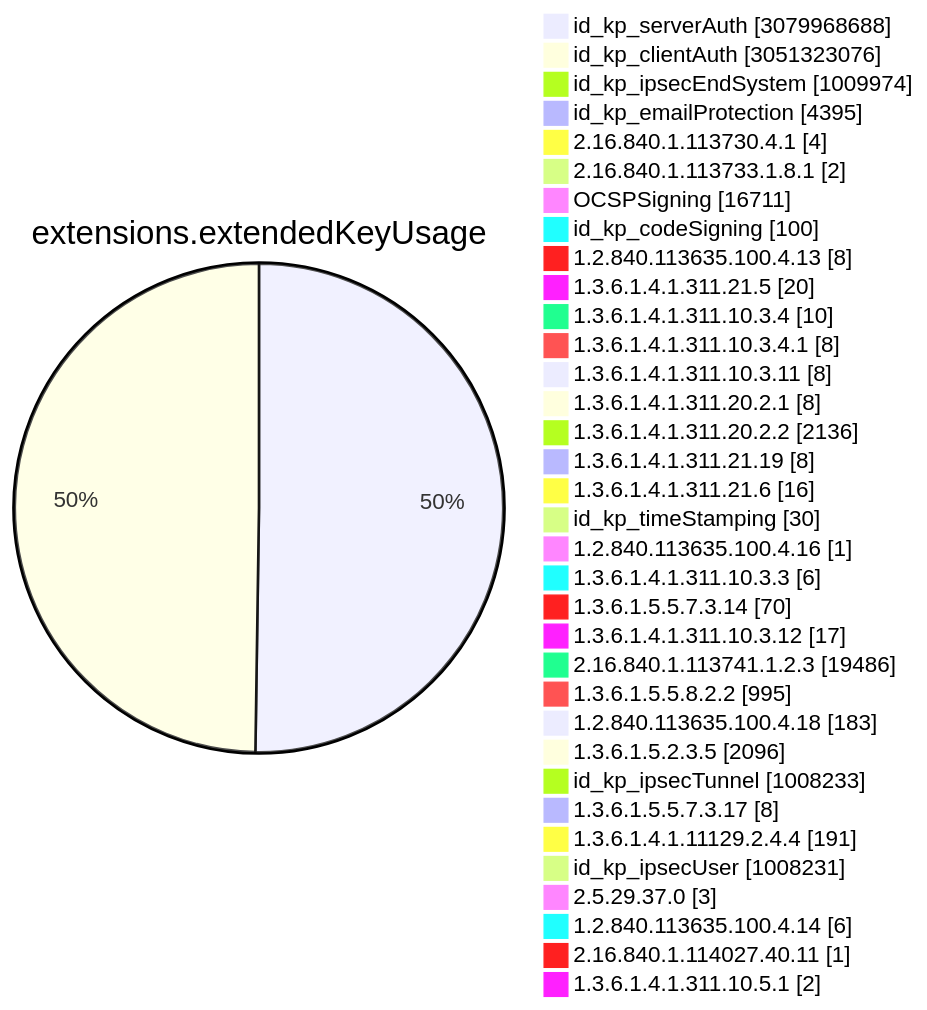
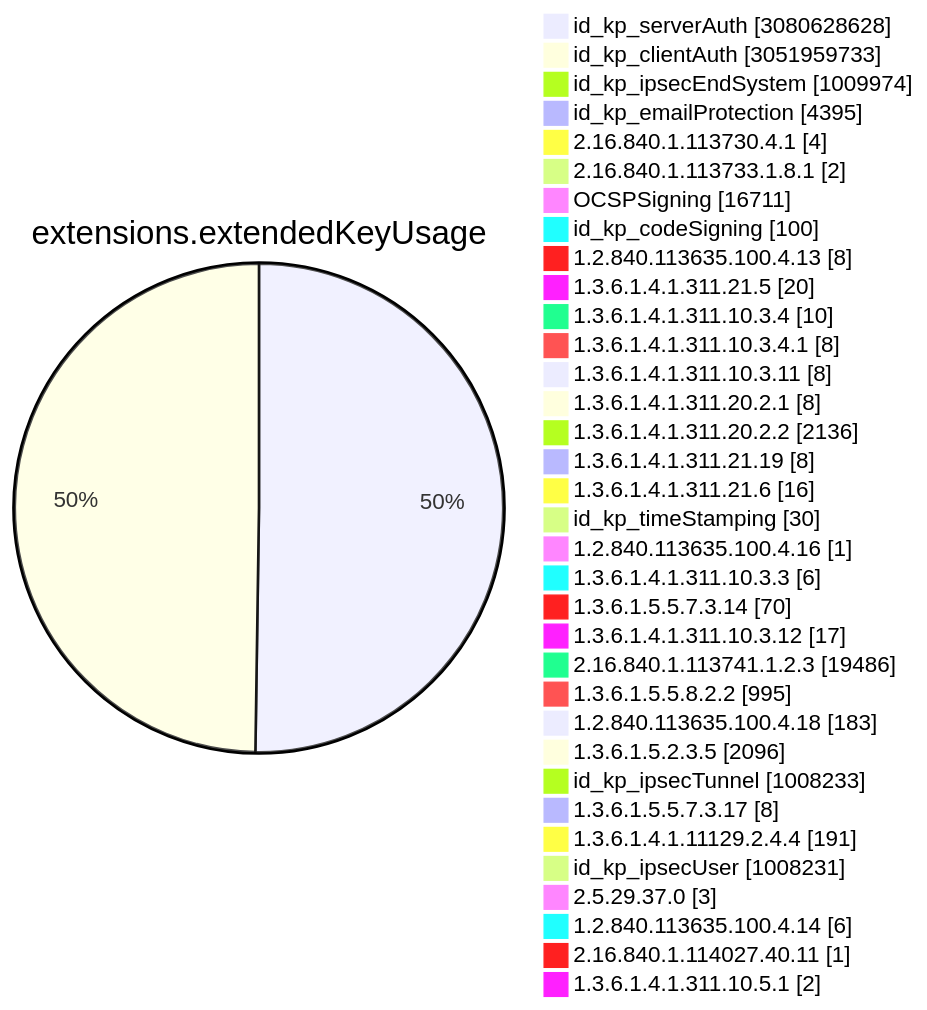
One commit to christiankrug/ctmonitor_visualization changed diagram 11 of 15 in TOTAL/README.md. Above: the diagram before and after it, drawn with Mermaid. The commit also changed other lines of this file, not shown here.

````diff
--- a/TOTAL/README.md
+++ b/TOTAL/README.md
@@ -4119,38 +4119,38 @@
 ```mermaid
 pie showData
 title extensions.extendedKeyUsage
-"id_kp_serverAuth" :3079968688
-"id_kp_clientAuth" :3051323076
+"id_kp_serverAuth" :3080628628
+"id_kp_clientAuth" :3051959733
 "id_kp_ipsecEndSystem" :1009974
 "id_kp_emailProtection" :4395
 "2.16.840.1.113730.4.1" :4
 "2.16.840.1.113733.1.8.1" :2
 "OCSPSigning" :16711
 "id_kp_codeSigning" :100
 "1.2.840.113635.100.4.13" :8
 "1.3.6.1.4.1.311.21.5" :20
 "1.3.6.1.4.1.311.10.3.4" :10
 "1.3.6.1.4.1.311.10.3.4.1" :8
 "1.3.6.1.4.1.311.10.3.11" :8
 "1.3.6.1.4.1.311.20.2.1" :8
 "1.3.6.1.4.1.311.20.2.2" :2136
 "1.3.6.1.4.1.311.21.19" :8
 "1.3.6.1.4.1.311.21.6" :16
 "id_kp_timeStamping" :30
 "1.2.840.113635.100.4.16" :1
 "1.3.6.1.4.1.311.10.3.3" :6
 "1.3.6.1.5.5.7.3.14" :70
 "1.3.6.1.4.1.311.10.3.12" :17
 "2.16.840.1.113741.1.2.3" :19486
 "1.3.6.1.5.5.8.2.2" :995
 "1.2.840.113635.100.4.18" :183
 "1.3.6.1.5.2.3.5" :2096
 "id_kp_ipsecTunnel" :1008233
 "1.3.6.1.5.5.7.3.17" :8
 "1.3.6.1.4.1.11129.2.4.4" :191
 "id_kp_ipsecUser" :1008231
 "2.5.29.37.0" :3
 "1.2.840.113635.100.4.14" :6
 "2.16.840.1.114027.40.11" :1
 "1.3.6.1.4.1.311.10.5.1" :2
 ```
````
